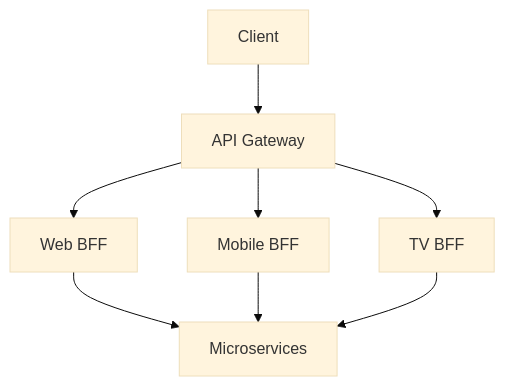
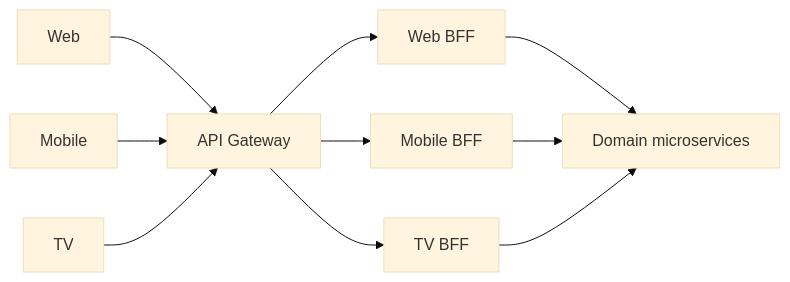
One commit to hareramcse/SystemDesign changed the fifth of 22 diagrams in 08-microservices/README.md. Above: the diagram before and after it, drawn with Mermaid (base theme). The commit also changed other lines of this file and 14 other files, not shown here.

````diff
--- a/08-microservices/README.md
+++ b/08-microservices/README.md
@@ -711,10 +487,12 @@
 ```mermaid
-flowchart TB
-    C[Client] --> GW[API Gateway]
+flowchart LR
+    W[Web] --> GW[API Gateway]
+    M[Mobile] --> GW
+    T[TV] --> GW
     GW --> WB[Web BFF]
     GW --> MB[Mobile BFF]
     GW --> TB[TV BFF]
-    WB --> SVC[Microservices]
+    WB --> SVC[Domain microservices]
     MB --> SVC
     TB --> SVC
 ```
````
